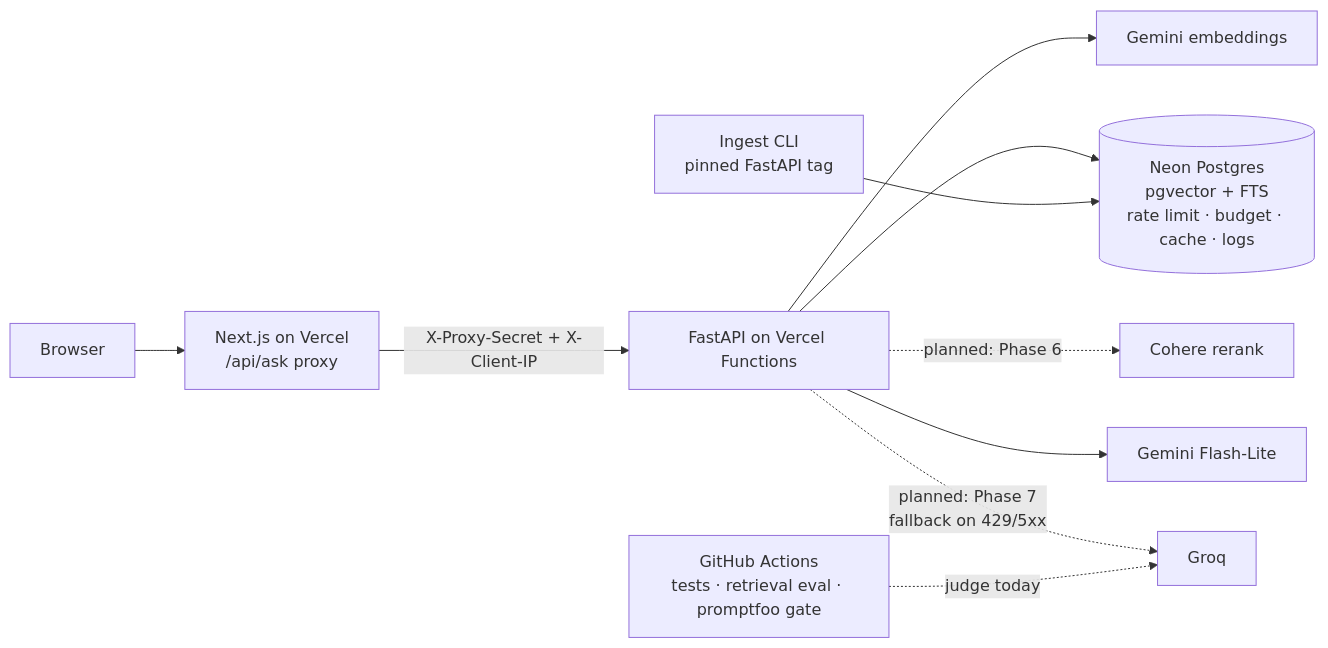
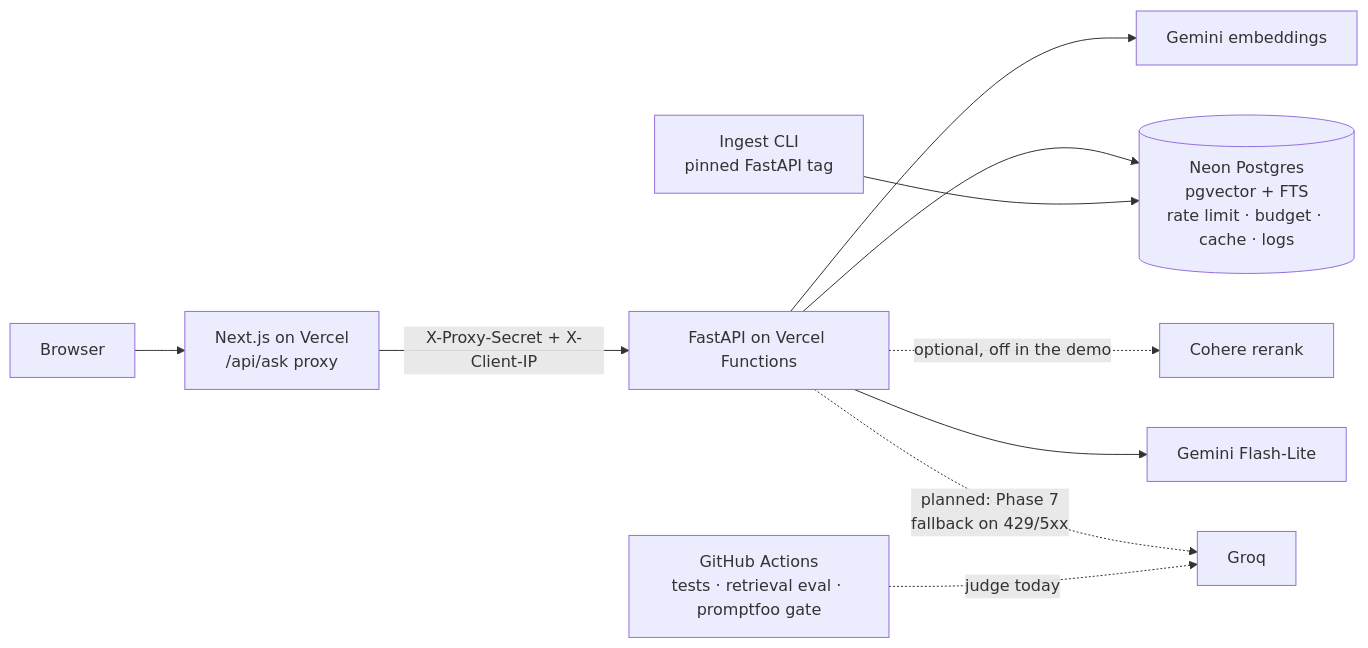
One commit to Niksa1101/grounded changed the diagram in README.md. Above: the diagram before and after it, drawn with Mermaid. The commit also changed other lines of this file and 20 other files, not shown here.

````diff
--- a/README.md
+++ b/README.md
@@ -58,12 +58,12 @@
 ```mermaid
 flowchart LR
     U[Browser] --> FE[Next.js on Vercel<br/>/api/ask proxy]
     FE -- "X-Proxy-Secret + X-Client-IP" --> API[FastAPI on Vercel Functions]
     API --> EMB[Gemini embeddings]
     API --> DB[(Neon Postgres<br/>pgvector + FTS<br/>rate limit · budget · cache · logs)]
-    API -. "planned: Phase 6" .-> RR[Cohere rerank]
+    API -. "optional, off in the demo" .-> RR[Cohere rerank]
     API --> LLM[Gemini Flash-Lite]
     API -. "planned: Phase 7<br/>fallback on 429/5xx" .-> LLM2[Groq]
     ING[Ingest CLI<br/>pinned FastAPI tag] --> DB
     CI[GitHub Actions<br/>tests · retrieval eval · promptfoo gate] -. "judge today" .-> LLM2
 ```
````
